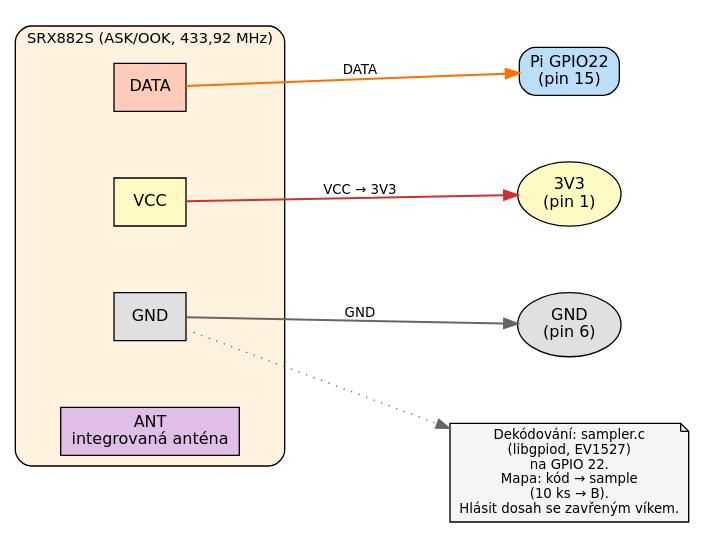
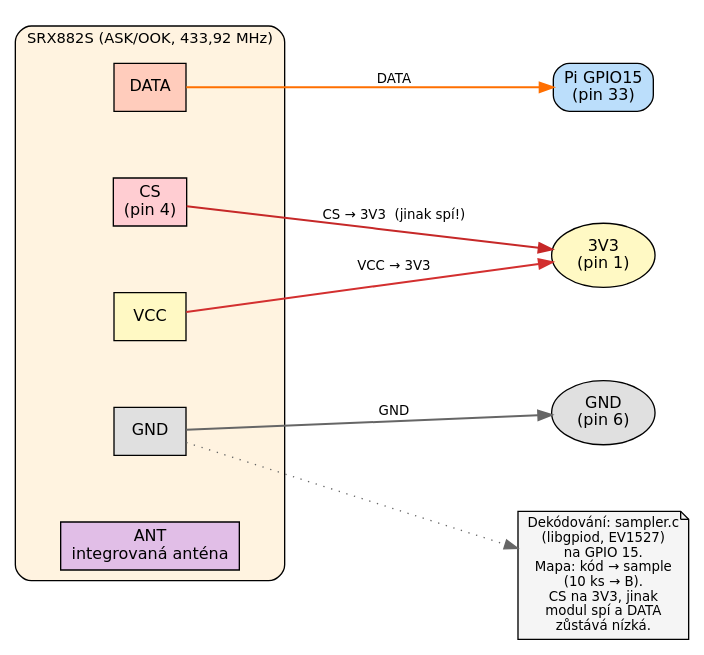
The diagram in docs/dot/hw_04_rf_receiver.dot (K0F/1938_ABC), drawn with Graphviz before and after one commit. The commit also changed 10 other files, not shown here.

First line of the commit message:
box B: 433 MHz přijímač — DATA na GPIO15, chybějící CS pin

```diff
--- a/docs/dot/hw_04_rf_receiver.dot
+++ b/docs/dot/hw_04_rf_receiver.dot
@@ -1,33 +1,35 @@
 // HW §5.4 — RF přijímač 433 MHz (SRX882S) na GPIO Pi 4
 digraph G {
     graph [fontname="DejaVu Sans" rankdir=LR bgcolor="white" nodesep=0.7 ranksep=0.9];
 node [fontname="DejaVu Sans" fontsize=12 style="filled"];
 edge [fontname="DejaVu Sans" fontsize=10];
 
 // SRX882S
 subgraph cluster_srx {
     label="SRX882S (ASK/OOK, 433,92 MHz)";
     style="filled,rounded";
     fillcolor="#fff3e0";
     fontsize=11;
 
     srx_data [label="DATA" shape=box fillcolor="#ffccbc"];
+    srx_cs [label="CS\n(pin 4)" shape=box fillcolor="#ffcdd2"];
     srx_vcc [label="VCC" shape=box fillcolor="#fff9c4"];
     srx_gnd [label="GND" shape=box fillcolor="#e0e0e0"];
     srx_ant [label="ANT\nintegrovaná anténa" shape=box fillcolor="#e1bee7"];
 }
 
 // Pi 4 pins
-pi_gpio [label="Pi GPIO22\n(pin 15)" shape=box style="filled,rounded" fillcolor="#bbdefb"];
+pi_gpio [label="Pi GPIO15\n(pin 33)" shape=box style="filled,rounded" fillcolor="#bbdefb"];
 pi_3v3 [label="3V3\n(pin 1)" shape=oval fillcolor="#fff9c4"];
 pi_gnd [label="GND\n(pin 6)" shape=oval fillcolor="#e0e0e0"];
 
 // Connections
 srx_data -> pi_gpio [label="  DATA  " color="#ff6f00" penwidth=1.5];
 srx_vcc -> pi_3v3 [label="  VCC → 3V3  " color="#d32f2f" penwidth=1.5];
+srx_cs -> pi_3v3 [label="  CS → 3V3  (jinak spí!)  " color="#c62828" penwidth=1.5];
 srx_gnd -> pi_gnd [label="  GND  " color="#666666" penwidth=1.5];
 
 // Note
-note [label="Dekódování: sampler.c\n(libgpiod, EV1527)\nna GPIO 22.\nMapa: kód → sample\n(10 ks → B).\nHlásit dosah se zavřeným víkem." shape=note fillcolor="#f5f5f5" fontsize=10];
+note [label="Dekódování: sampler.c\n(libgpiod, EV1527)\nna GPIO 15.\nMapa: kód → sample\n(10 ks → B).\nCS na 3V3, jinak\nmodul spí a DATA\nzůstává nízká." shape=note fillcolor="#f5f5f5" fontsize=10];
 srx_gnd -> note [style=dotted color="#666666"];
 }
```
